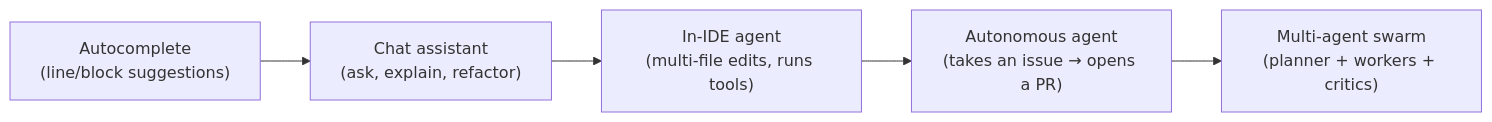
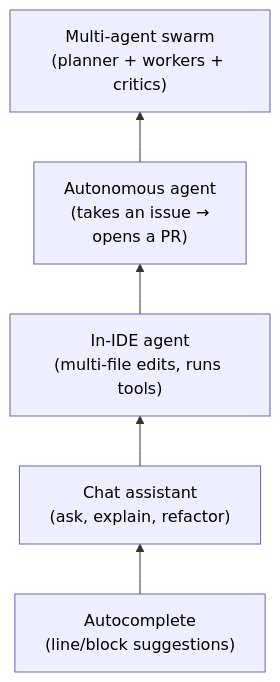
One commit to vrthra/open-swe-book changed the first of 2 diagrams in chapters/11-ai-across-the-lifecycle/README.md. Above: the diagram before and after it, drawn with Mermaid. The commit also changed 23 other files, not shown here.

Commit message:
Update tab order and fixed diagrams

````diff
--- a/chapters/11-ai-across-the-lifecycle/README.md
+++ b/chapters/11-ai-across-the-lifecycle/README.md
@@ -49,7 +49,9 @@
 ```mermaid
-flowchart LR
+flowchart BT
     A["Autocomplete<br/>(line/block suggestions)"] --> B["Chat assistant<br/>(ask, explain, refactor)"]
     B --> C["In-IDE agent<br/>(multi-file edits, runs tools)"]
-    C --> D["Autonomous agent<br/>(takes an issue → opens a PR)"]
+    C --> D["Autonomous agent<br/>(takes an issue →<br/>opens a PR)"]
     D --> E["Multi-agent swarm<br/>(planner + workers + critics)"]
+    classDef rung fill:#eef,stroke:#66a,color:#000;
+    class A,B,C,D,E rung;
 ```
````
